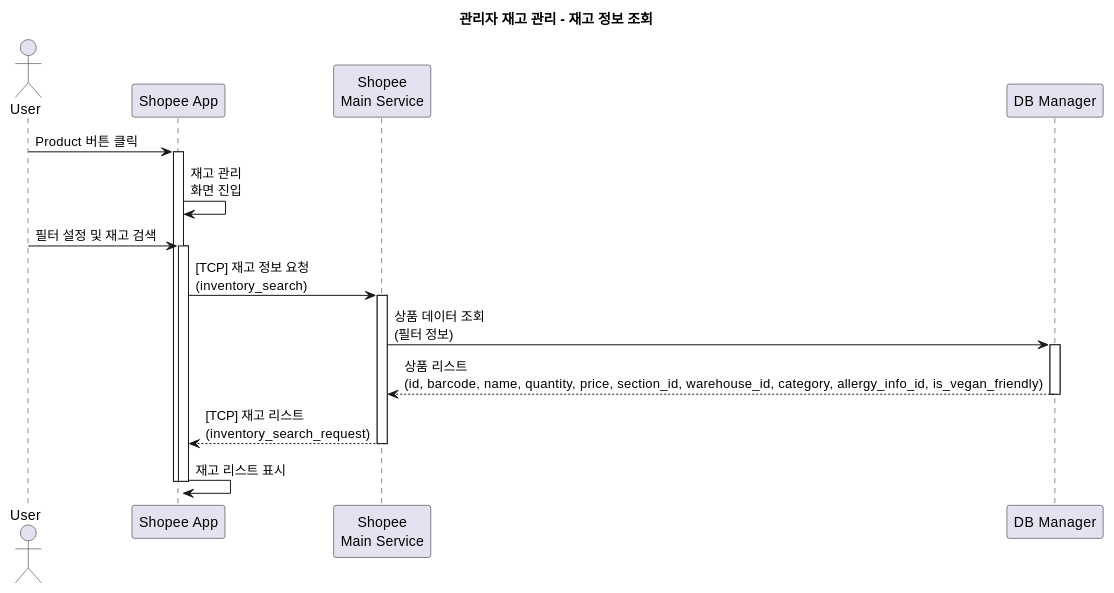
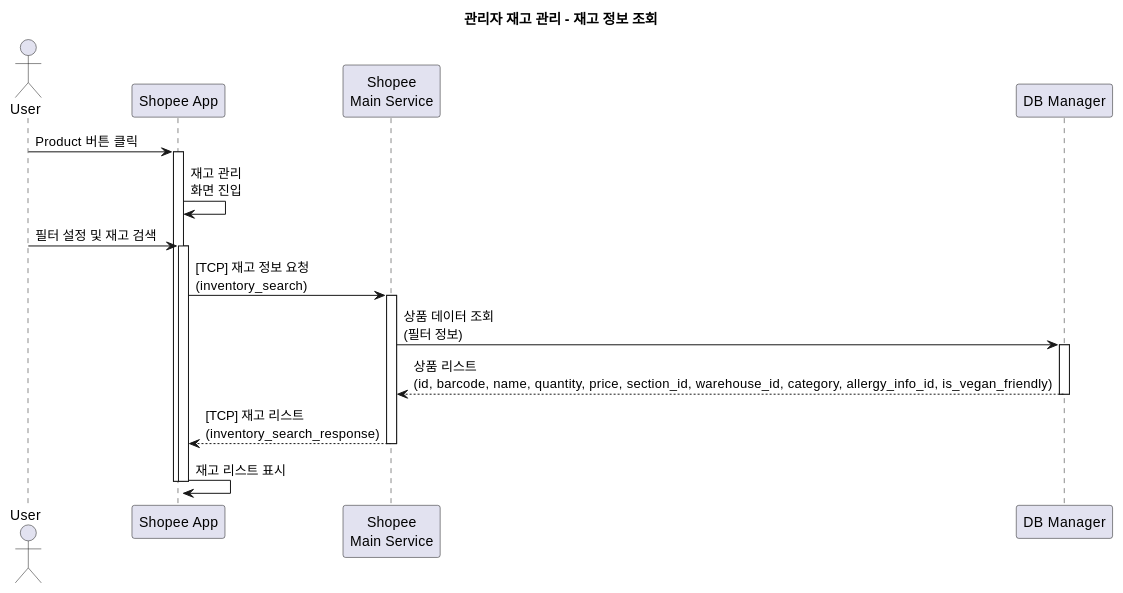
One commit to addinedu-roscamp-7th/roscamp-repo-1 changed the diagram in docs/SequenceDiagram/SC_05_2_1.md. Above: the diagram before and after it, drawn with PlantUML. The commit also changed 40 other files, not shown here.

```diff
--- a/docs/SequenceDiagram/SC_05_2_1.md
+++ b/docs/SequenceDiagram/SC_05_2_1.md
@@ -1,33 +1,33 @@
 @startuml
 title 관리자 재고 관리 - 재고 정보 조회
 actor User as user
 participant "Shopee App" as app
 participant "Shopee\nMain Service" as shopee
 participant "DB Manager" as db
 
 user -> app: Product 버튼 클릭
 activate app
 
 app -> app: 재고 관리\n화면 진입
 
 user -> app: 필터 설정 및 재고 검색
 activate app
 
 app -> shopee: [TCP] 재고 정보 요청\n(inventory_search)
 activate shopee
 
 shopee -> db: 상품 데이터 조회\n(필터 정보)
 activate db
 
 db --> shopee: 상품 리스트\n(id, barcode, name, quantity, price, section_id, warehouse_id, category, allergy_info_id, is_vegan_friendly)
 deactivate db
 
-shopee --> app: [TCP] 재고 리스트\n(inventory_search_request)
+shopee --> app: [TCP] 재고 리스트\n(inventory_search_response)
 deactivate shopee
 
 app -> app: 재고 리스트 표시
 
 deactivate app
 deactivate app
 
 @enduml
```
